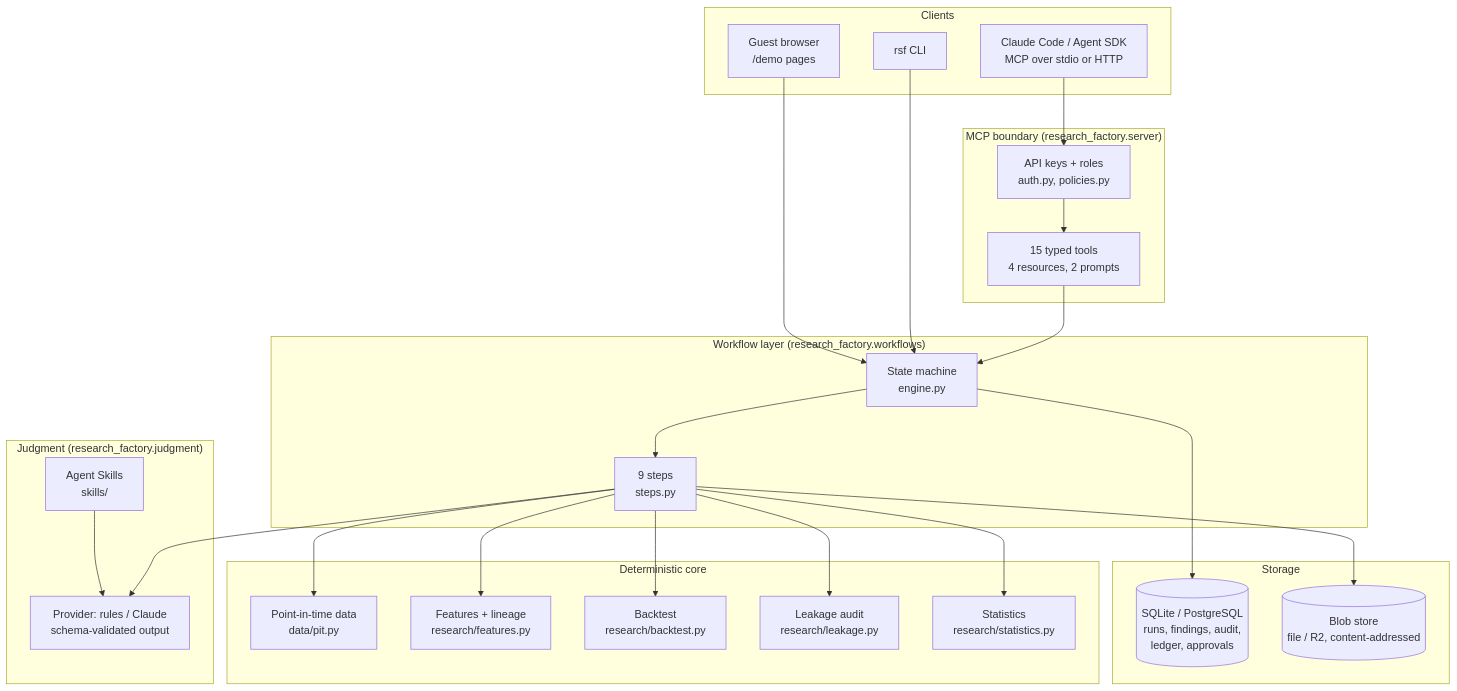
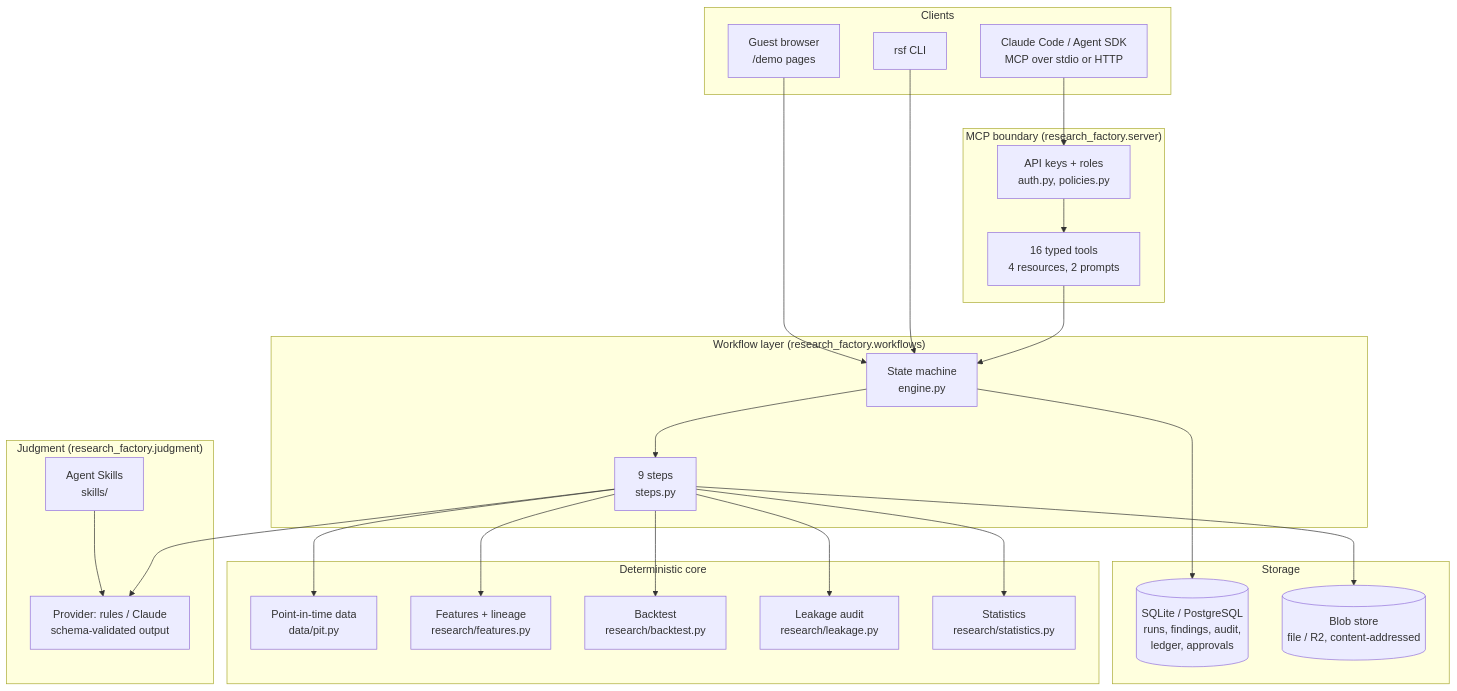
Before and after one commit to ahines99/systematic-research-factory: the first of 4 diagrams in docs/architecture.md, drawn with Mermaid. The commit also changed other lines of this file and 14 other files, not shown here.

````diff
--- a/docs/architecture.md
+++ b/docs/architecture.md
@@ -7,40 +7,40 @@
 ```mermaid
 flowchart TB
   subgraph Clients
     CC[Claude Code / Agent SDK<br/>MCP over stdio or HTTP]
     CLI[rsf CLI]
     WEB[Guest browser<br/>/demo pages]
   end
   subgraph Boundary["MCP boundary (research_factory.server)"]
     AUTH[API keys + roles<br/>auth.py, policies.py]
-    TOOLS[15 typed tools<br/>4 resources, 2 prompts]
+    TOOLS[16 typed tools<br/>4 resources, 2 prompts]
   end
   subgraph Workflow["Workflow layer (research_factory.workflows)"]
     ENG[State machine<br/>engine.py]
     STEPS[9 steps<br/>steps.py]
   end
   subgraph Core["Deterministic core"]
     PIT[Point-in-time data<br/>data/pit.py]
     FEAT[Features + lineage<br/>research/features.py]
     BT[Backtest<br/>research/backtest.py]
     LEAK[Leakage audit<br/>research/leakage.py]
     STAT[Statistics<br/>research/statistics.py]
   end
   subgraph Judgment["Judgment (research_factory.judgment)"]
     PROV[Provider: rules / Claude<br/>schema-validated output]
     SKILLS[Agent Skills<br/>skills/]
   end
   subgraph Storage
     DB[(SQLite / PostgreSQL<br/>runs, findings, audit,<br/>ledger, approvals)]
     BLOB[(Blob store<br/>file / R2, content-addressed)]
   end
   CC --> AUTH --> TOOLS --> ENG
   CLI --> ENG
   WEB --> ENG
   ENG --> STEPS
   STEPS --> PIT & FEAT & BT & LEAK & STAT
   STEPS --> PROV
   SKILLS --> PROV
   ENG --> DB
   STEPS --> BLOB
 ```
````
